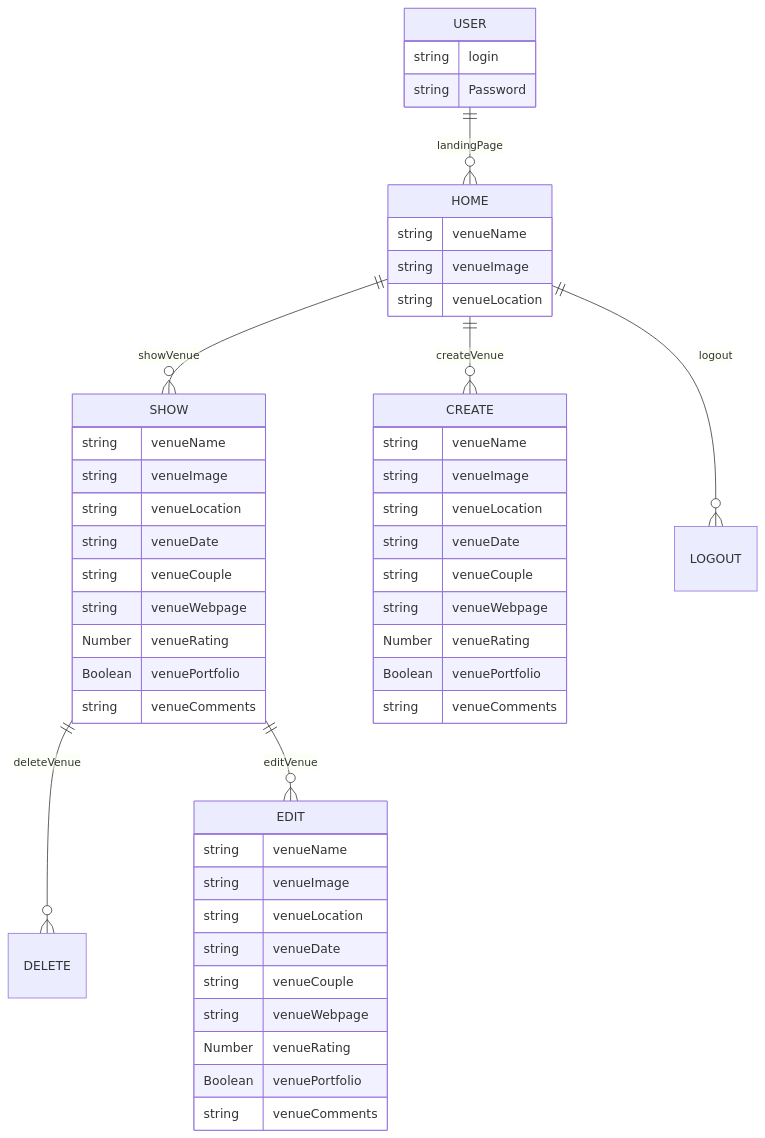
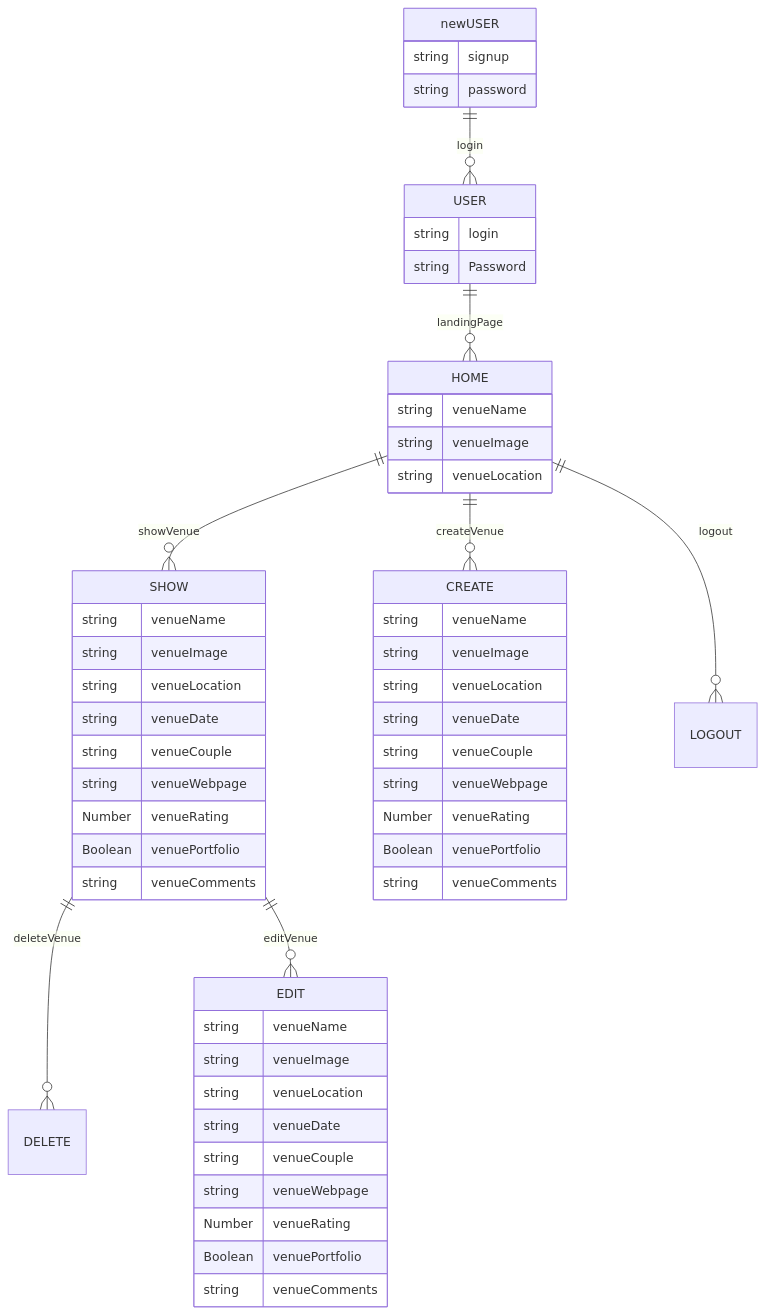
One commit to adriancgarcia/project2-photo-assistant changed the diagram in readme.md. Above: the diagram before and after it, drawn with Mermaid.

Commit message:
updated erd

````diff
--- a/readme.md
+++ b/readme.md
@@ -42,61 +42,66 @@
 ``` mermaid
 erDiagram
+    newUSER {
+        string signup
+        string password
+    }
+    newUSER ||--O{ USER : login
     USER {
         string login
         string Password
     }
 
     USER ||--O{ HOME : landingPage
     
     HOME {
         string venueName
         string venueImage
         string venueLocation
     }
 
     HOME || --o{ SHOW : showVenue
     SHOW{
         string venueName
         string venueImage
         string venueLocation
         string venueDate
         string venueCouple
         string venueWebpage
         Number venueRating
         Boolean venuePortfolio
         string venueComments
     }
     HOME || --o{ CREATE : createVenue
     CREATE {
         string venueName
         string venueImage
         string venueLocation
         string venueDate
         string venueCouple
         string venueWebpage
         Number venueRating
         Boolean venuePortfolio
         string venueComments
     }
     SHOW || --o{ DELETE : deleteVenue
     DELETE {
 
 
     }
     SHOW || --o{ EDIT : editVenue
     EDIT {
         string venueName
         string venueImage
         string venueLocation
         string venueDate
         string venueCouple
         string venueWebpage
         Number venueRating
         Boolean venuePortfolio
         string venueComments
     }
     HOME || --o{ LOGOUT : logout
     LOGOUT {
 
     }
 ```
````
